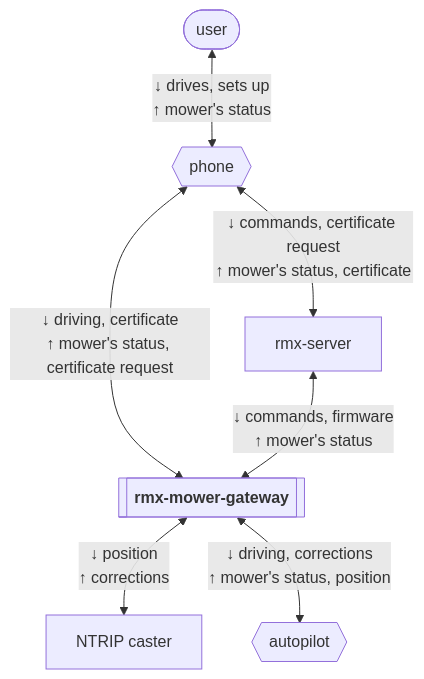
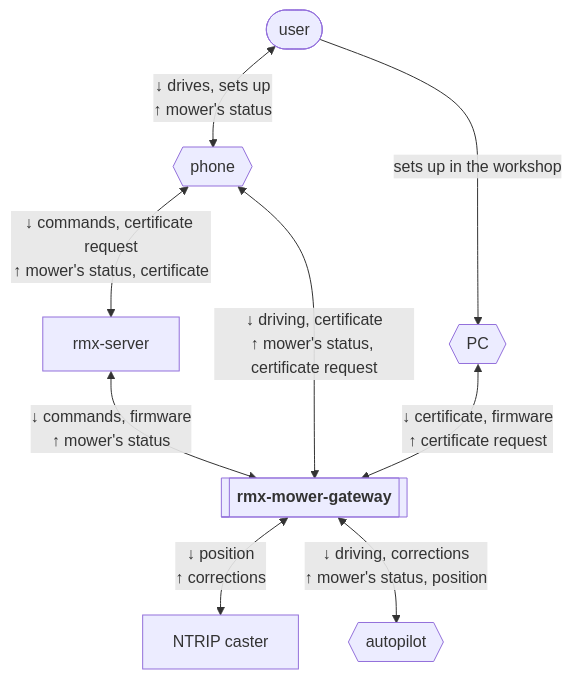
The first of 6 diagrams in .esp-architecture/diagrams/diagrams.md (rmx-lt/rmx-mower-gateway), drawn with Mermaid before and after one commit. The commit also changed 1 other file, not shown here.

Commit message:
Context: add the workshop PC (#127)

````diff
--- a/.esp-architecture/diagrams/diagrams.md
+++ b/.esp-architecture/diagrams/diagrams.md
@@ -7,15 +7,18 @@
 ```mermaid
 flowchart TD
   n_system[["<b>rmx-mower-gateway</b>"]]
   n_user(["user"])
   n_phone{{"phone"}}
+  n_pc{{"PC"}}
   n_rmx_server["rmx-server"]
   n_ntrip_caster["NTRIP caster"]
   n_autopilot{{"autopilot"}}
   n_user <-->|"↓ drives, sets up<br/>↑ mower's status"| n_phone
+  n_user -->|"sets up in the workshop"| n_pc
   n_phone <-->|"↓ commands, certificate request<br/>↑ mower's status, certificate"| n_rmx_server
   n_phone <-->|"↓ driving, certificate<br/>↑ mower's status, certificate request"| n_system
+  n_pc <-->|"↓ certificate, firmware<br/>↑ certificate request"| n_system
   n_rmx_server <-->|"↓ commands, firmware<br/>↑ mower's status"| n_system
   n_system <-->|"↓ position<br/>↑ corrections"| n_ntrip_caster
   n_system <-->|"↓ driving, corrections<br/>↑ mower's status, position"| n_autopilot
 ```
````
